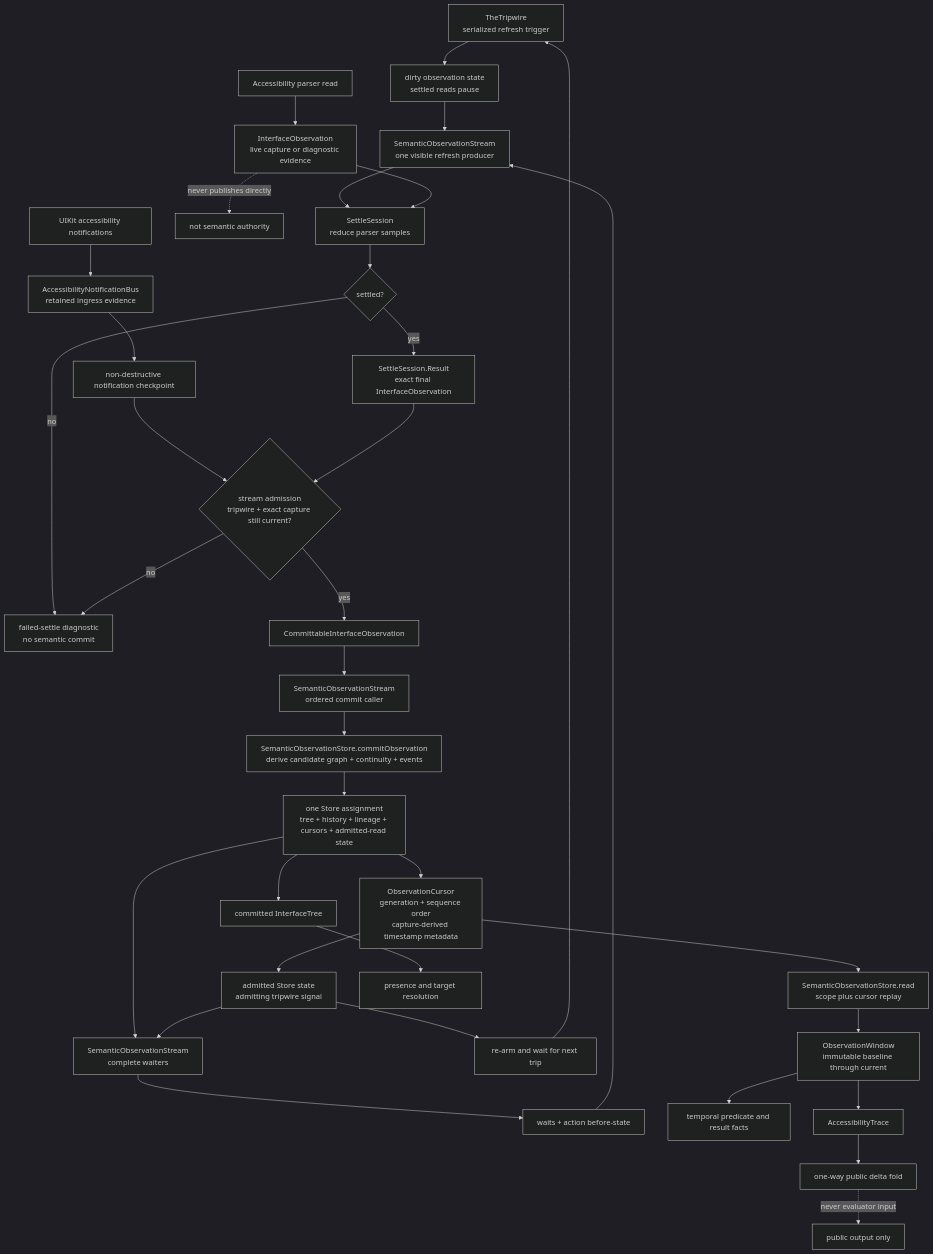
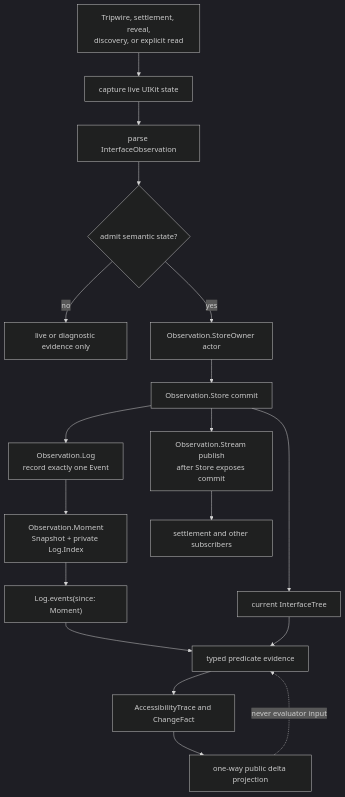
One commit to RoyalPineapple/TheButtonHeist changed the first of 2 diagrams in docs/diagrams/observation-pipeline.md. Above: the diagram before and after it, drawn with Mermaid (dark theme). The commit also changed other lines of this file and 146 other files, not shown here.

First line of the commit message:
Unify action and wait settlement (#1386)

````diff
--- a/docs/diagrams/observation-pipeline.md
+++ b/docs/diagrams/observation-pipeline.md
@@ -36,39 +22,20 @@
 ```mermaid
 flowchart TD
-    Tripwire["TheTripwire<br/>serialized refresh trigger"] --> Dirty["dirty observation state<br/>settled reads pause"]
-    Dirty --> Producer["SemanticObservationStream<br/>one visible refresh producer"]
-    Consumers["waits + action before-state"] --> Producer
-    Producer --> Settle
-    Parser["Accessibility parser read"] --> Raw["InterfaceObservation<br/>live capture or diagnostic evidence"]
-    Raw --> Settle["SettleSession<br/>reduce parser samples"]
-    Raw -. "never publishes directly" .-> NoAuthority["not semantic authority"]
-    Signals["UIKit accessibility notifications"] --> Bus["AccessibilityNotificationBus<br/>retained ingress evidence"]
-    Bus --> Checkpoint["non-destructive notification checkpoint"]
-    Checkpoint --> Admission
-    Settle --> Settled{"settled?"}
-    Settled -->|no| Diagnostic["failed-settle diagnostic<br/>no semantic commit"]
-    Settled -->|yes| Outcome["SettleSession.Result<br/>exact final InterfaceObservation"]
-    Outcome --> Admission{"stream admission<br/>tripwire + exact capture still current?"}
-    Admission -->|no| Diagnostic
-    Admission -->|yes| Committable["CommittableInterfaceObservation"]
-
-    Committable --> Committer["SemanticObservationStream<br/>ordered commit caller"]
-    Committer --> Store["SemanticObservationStore.commitObservation<br/>derive candidate graph + continuity + events"]
-    Store --> Atomic["one Store assignment<br/>tree + history + lineage + cursors + admitted-read state"]
-    Atomic --> Delivery["SemanticObservationStream<br/>complete waiters"]
-    Atomic --> Cursor["ObservationCursor<br/>generation + sequence order<br/>capture-derived timestamp metadata"]
-    Cursor --> Admitted["admitted Store state<br/>admitting tripwire signal"]
-    Admitted --> Delivery
-    Delivery --> Consumers
-    Admitted --> Armed["re-arm and wait for next trip"]
-    Armed --> Tripwire
-    Cursor --> Entries["SemanticObservationStore.read<br/>scope plus cursor replay"]
-
-    Current["committed InterfaceTree"] --> Presence["presence and target resolution"]
-    Atomic --> Current
-    Entries --> Window["ObservationWindow<br/>immutable baseline through current"]
-    Window --> Temporal["temporal predicate and result facts"]
-    Window --> Trace["AccessibilityTrace"]
-    Trace --> Delta["one-way public delta fold"]
-    Delta -. "never evaluator input" .-> Output["public output only"]
+    Trigger["Tripwire, settlement, reveal,<br/>discovery, or explicit read"] --> Capture["capture live UIKit state"]
+    Capture --> Parse["parse InterfaceObservation"]
+    Parse --> Admit{"admit semantic state?"}
+    Admit -->|no| Diagnostic["live or diagnostic evidence only"]
+    Admit -->|yes| StoreOwner["Observation.StoreOwner actor"]
+    StoreOwner --> Commit["Observation.Store commit"]
+    Commit --> Current["current InterfaceTree"]
+    Commit --> Log["Observation.Log<br/>record exactly one Event"]
+    Log --> Moment["Observation.Moment<br/>Snapshot + private Log.Index"]
+    Commit --> Publish["Observation.Stream publish<br/>after Store exposes commit"]
+    Publish --> Subscribers["settlement and other subscribers"]
+    Moment --> Events["Log.events(since: Moment)"]
+    Events --> Predicate["typed predicate evidence"]
+    Current --> Predicate
+    Predicate --> Trace["AccessibilityTrace and ChangeFact"]
+    Trace --> Delta["one-way public delta projection"]
+    Delta -. "never evaluator input" .-> Predicate
 ```
````
